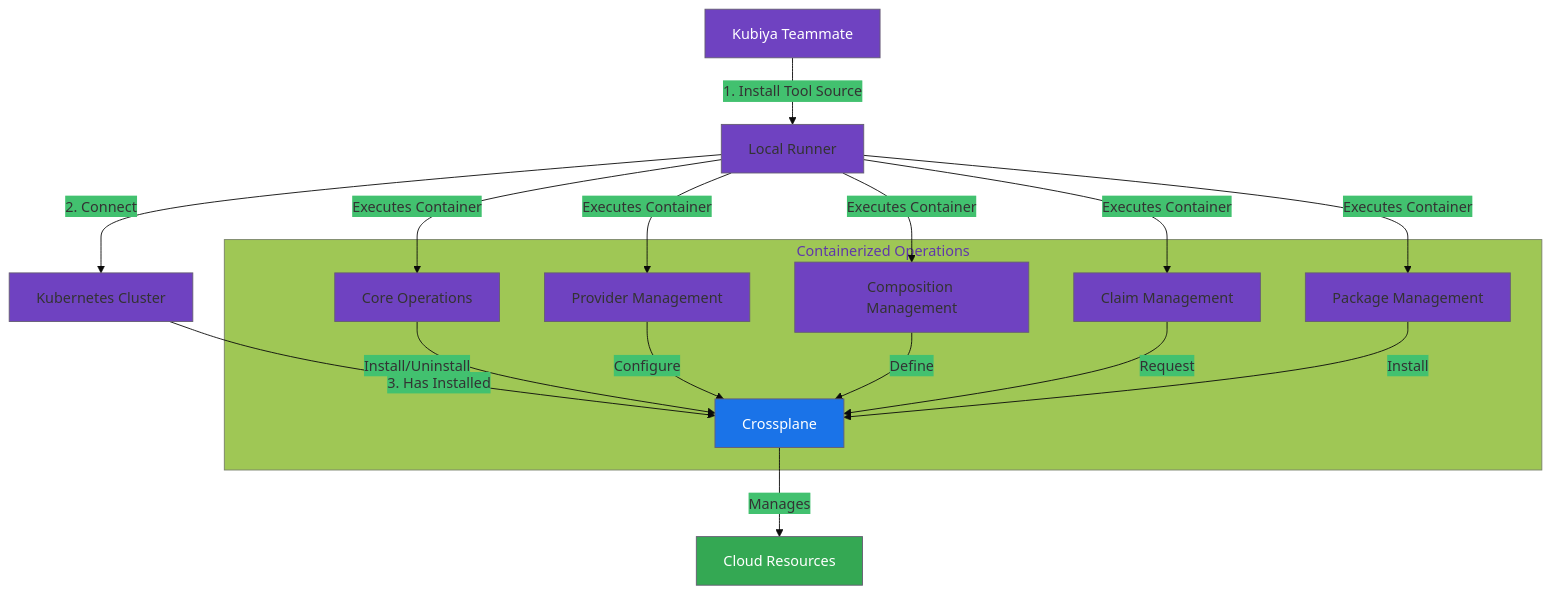
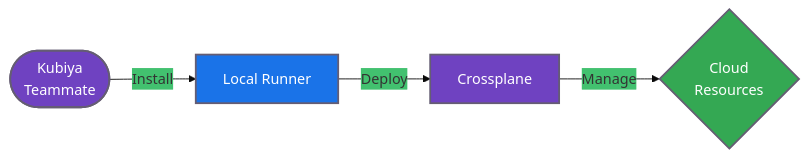
The diagram in crossplane_v1/README.md (kubiyabot/community-tools), drawn with Mermaid before and after one commit. The commit also changed other lines of this file, not shown here.

Commit message:
crossplane tooling

````diff
--- a/crossplane_v1/README.md
+++ b/crossplane_v1/README.md
@@ -13,26 +19,12 @@
 ```mermaid
-%%{init: {'theme': 'base', 'themeVariables': { 'primaryColor': '#6f42c1', 'fontFamily': 'arial' }}}%%
-graph TD
-    A[Kubiya Teammate] -->|1. Install Tool Source| B[Local Runner]
-    B -->|2. Connect| C[Kubernetes Cluster]
-    C -->|3. Has Installed| D[Crossplane]
-    D -->|Manages| E[Cloud Resources]
+%%{init: {'theme': 'base', 'themeVariables': { 'primaryColor': '#6f42c1', 'fontFamily': 'arial', 'fontSize': '16px' }}}%%
+graph LR
+    A([Kubiya<br/>Teammate]) -->|Install| B[Local Runner]
+    B -->|Deploy| C[Crossplane]
+    C -->|Manage| D{Cloud<br/>Resources}
     
-    subgraph Containerized Operations
-        F[Core Operations] -->|Install/Uninstall| D
-        G[Provider Management] -->|Configure| D
-        H[Composition Management] -->|Define| D
-        I[Claim Management] -->|Request| D
-        J[Package Management] -->|Install| D
-    end
-    
-    B -->|Executes Container| F
-    B -->|Executes Container| G
-    B -->|Executes Container| H
-    B -->|Executes Container| I
-    B -->|Executes Container| J
-
-    style A fill:#6f42c1,color:#fff
-    style D fill:#1a73e8,color:#fff
-    style E fill:#34a853,color:#fff
+    style A fill:#6f42c1,color:#fff,stroke-width:2px
+    style B fill:#1a73e8,color:#fff,stroke-width:2px
+    style C fill:#6f42c1,color:#fff,stroke-width:2px
+    style D fill:#34a853,color:#fff,stroke-width:2px
 ```
````
